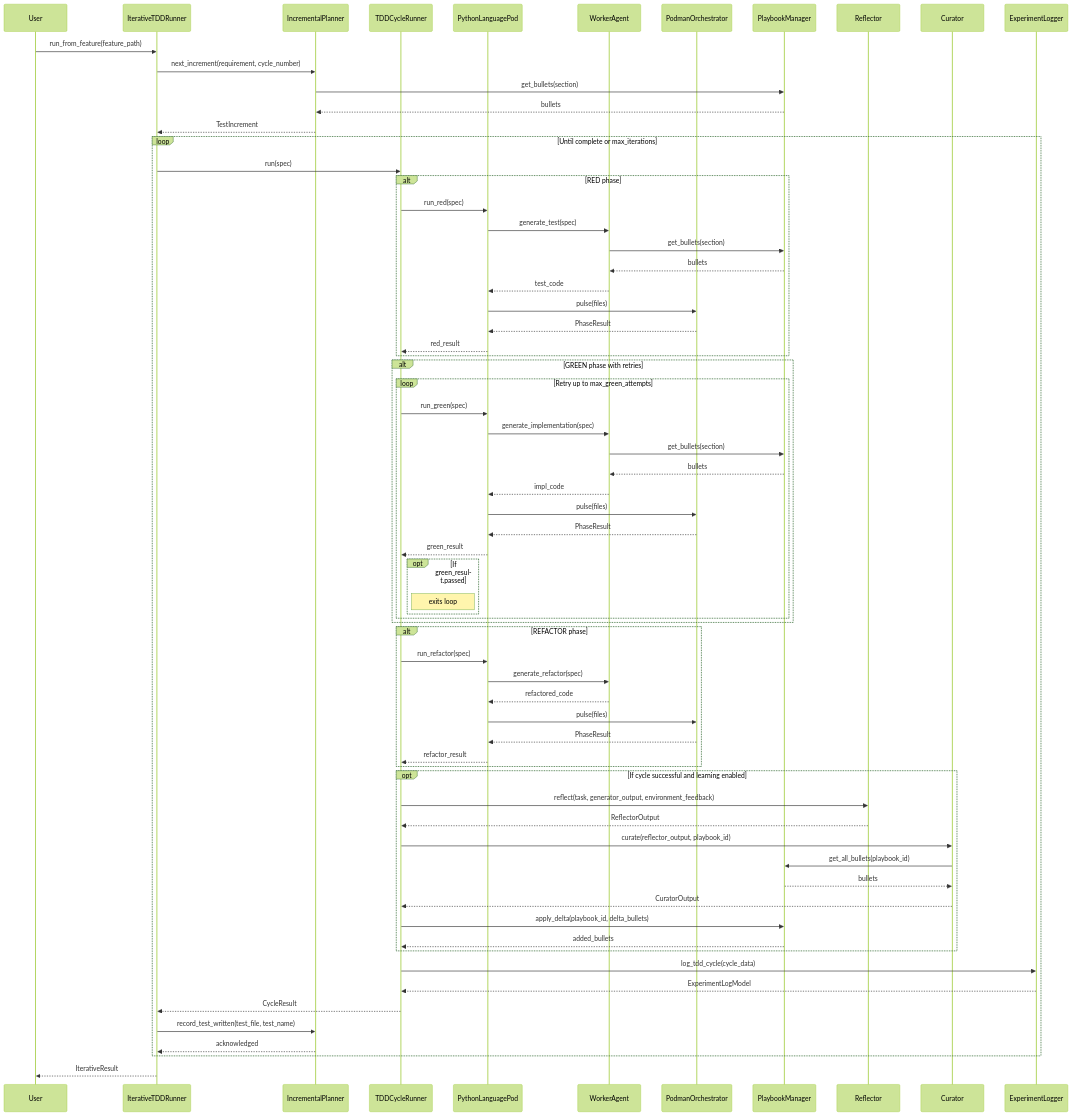
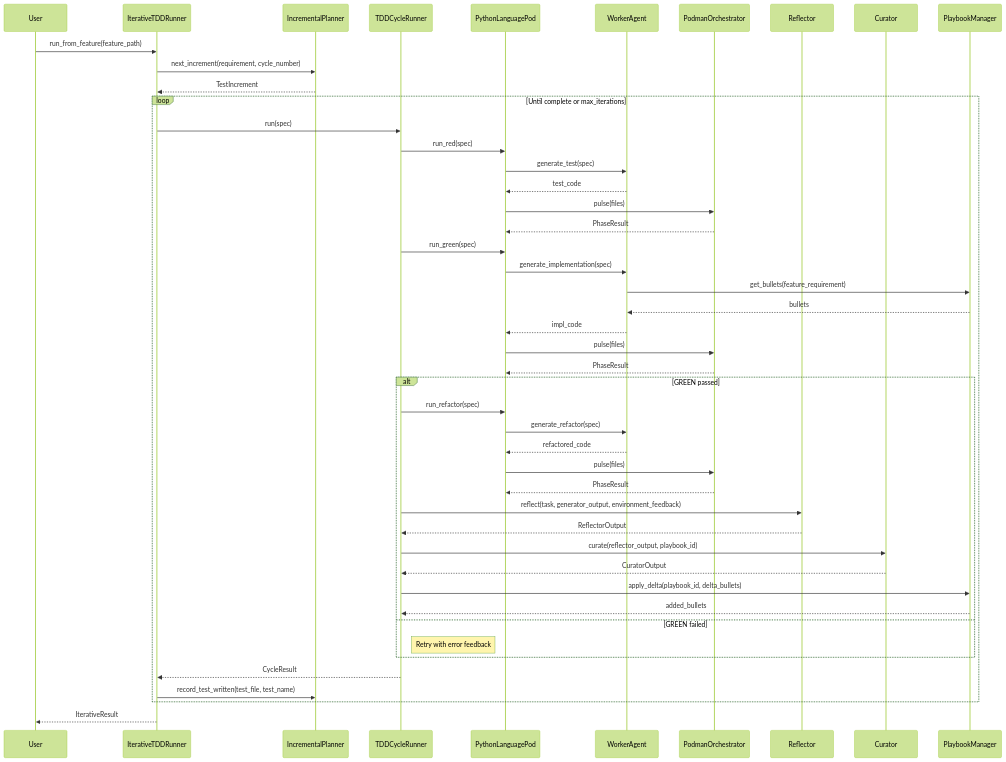
Before and after one commit to carlhuxley/ace_enterprise: the diagram in docs/SYSTEM_ARCHITECTURE.md, drawn with Mermaid (forest theme). The commit also changed other lines of this file and 5 other files, not shown here.

````diff
--- a/docs/SYSTEM_ARCHITECTURE.md
+++ b/docs/SYSTEM_ARCHITECTURE.md
@@ -36,80 +45,59 @@
 ```mermaid
 sequenceDiagram
     participant User
-    participant IterativeTDDRunner as IterativeTDDRunner
-    participant IncrementalPlanner as IncrementalPlanner
-    participant TDDCycleRunner as TDDCycleRunner
-    participant PythonLanguagePod as PythonLanguagePod
-    participant WorkerAgent as WorkerAgent
-    participant PodmanOrchestrator as PodmanOrchestrator
-    participant PlaybookManager as PlaybookManager
-    participant Reflector as Reflector
-    participant Curator as Curator
-    participant ExperimentLogger as ExperimentLogger
+    participant IterativeTDDRunner
+    participant IncrementalPlanner
+    participant TDDCycleRunner
+    participant PythonLanguagePod
+    participant WorkerAgent
+    participant PodmanOrchestrator
+    participant Reflector
+    participant Curator
+    participant PlaybookManager
 
     User->>IterativeTDDRunner: run_from_feature(feature_path)
     IterativeTDDRunner->>IncrementalPlanner: next_increment(requirement, cycle_number)
-    IncrementalPlanner->>PlaybookManager: get_bullets(section)
-    PlaybookManager-->>IncrementalPlanner: bullets
     IncrementalPlanner-->>IterativeTDDRunner: TestIncrement
-
+    
     loop Until complete or max_iterations
         IterativeTDDRunner->>TDDCycleRunner: run(spec)
         
-        alt RED phase
-            TDDCycleRunner->>PythonLanguagePod: run_red(spec)
-            PythonLanguagePod->>WorkerAgent: generate_test(spec)
-            WorkerAgent->>PlaybookManager: get_bullets(section)
-            PlaybookManager-->>WorkerAgent: bullets
-            WorkerAgent-->>PythonLanguagePod: test_code
-            PythonLanguagePod->>PodmanOrchestrator: pulse(files)
-            PodmanOrchestrator-->>PythonLanguagePod: PhaseResult
-            PythonLanguagePod-->>TDDCycleRunner: red_result
-        end
-
-        alt GREEN phase with retries
-            loop Retry up to max_green_attempts
-                TDDCycleRunner->>PythonLanguagePod: run_green(spec)
-                PythonLanguagePod->>WorkerAgent: generate_implementation(spec)
-                WorkerAgent->>PlaybookManager: get_bullets(section)
-                PlaybookManager-->>WorkerAgent: bullets
-                WorkerAgent-->>PythonLanguagePod: impl_code
-                PythonLanguagePod->>PodmanOrchestrator: pulse(files)
-                PodmanOrchestrator-->>PythonLanguagePod: PhaseResult
-                PythonLanguagePod-->>TDDCycleRunner: green_result
-                opt If green_result.passed
-                    Note right of TDDCycleRunner: exits loop
-                end
-            end
-        end
-
-        alt REFACTOR phase
+        TDDCycleRunner->>PythonLanguagePod: run_red(spec)
+        PythonLanguagePod->>WorkerAgent: generate_test(spec)
+        WorkerAgent-->>PythonLanguagePod: test_code
+        PythonLanguagePod->>PodmanOrchestrator: pulse(files)
+        PodmanOrchestrator-->>PythonLanguagePod: PhaseResult
+        
+        TDDCycleRunner->>PythonLanguagePod: run_green(spec)
+        PythonLanguagePod->>WorkerAgent: generate_implementation(spec)
+        WorkerAgent->>PlaybookManager: get_bullets(feature_requirement)
+        PlaybookManager-->>WorkerAgent: bullets
+        WorkerAgent-->>PythonLanguagePod: impl_code
+        PythonLanguagePod->>PodmanOrchestrator: pulse(files)
+        PodmanOrchestrator-->>PythonLanguagePod: PhaseResult
+        
+        alt GREEN passed
             TDDCycleRunner->>PythonLanguagePod: run_refactor(spec)
             PythonLanguagePod->>WorkerAgent: generate_refactor(spec)
             WorkerAgent-->>PythonLanguagePod: refactored_code
             PythonLanguagePod->>PodmanOrchestrator: pulse(files)
             PodmanOrchestrator-->>PythonLanguagePod: PhaseResult
-            PythonLanguagePod-->>TDDCycleRunner: refactor_result
-        end
-
-        opt If cycle successful and learning enabled
+            
             TDDCycleRunner->>Reflector: reflect(task, generator_output, environment_feedback)
             Reflector-->>TDDCycleRunner: ReflectorOutput
+            
             TDDCycleRunner->>Curator: curate(reflector_output, playbook_id)
-            Curator->>PlaybookManager: get_all_bullets(playbook_id)
-            PlaybookManager-->>Curator: bullets
             Curator-->>TDDCycleRunner: CuratorOutput
+            
             TDDCycleRunner->>PlaybookManager: apply_delta(playbook_id, delta_bullets)
             PlaybookManager-->>TDDCycleRunner: added_bullets
+        else GREEN failed
+            Note right of TDDCycleRunner: Retry with error feedback
         end
-
-        TDDCycleRunner->>ExperimentLogger: log_tdd_cycle(cycle_data)
-        ExperimentLogger-->>TDDCycleRunner: ExperimentLogModel
+        
         TDDCycleRunner-->>IterativeTDDRunner: CycleResult
-
         IterativeTDDRunner->>IncrementalPlanner: record_test_written(test_file, test_name)
-        IncrementalPlanner-->>IterativeTDDRunner: acknowledged
     end
-
+    
     IterativeTDDRunner-->>User: IterativeResult
 ```
````
